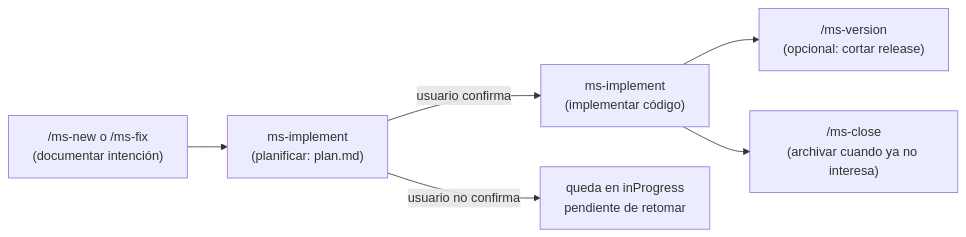
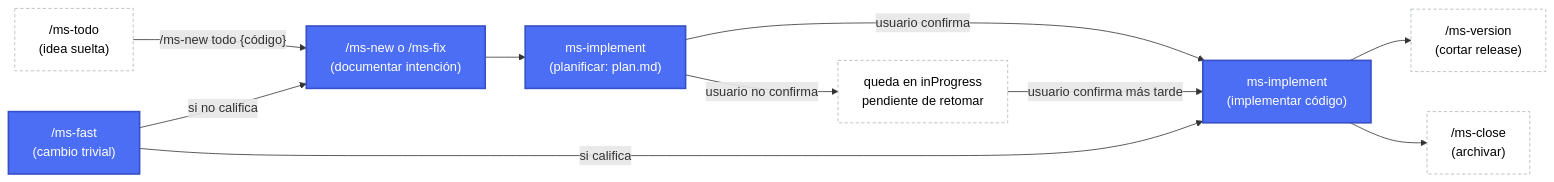
The diagram in .claude/ms-guide.md (yeyopepe/bgfactory), drawn with Mermaid before and after one commit. The commit also changed other lines of this file, not shown here.

````diff
--- a/.claude/ms-guide.md
+++ b/.claude/ms-guide.md
@@ -68,8 +68,17 @@
 ```mermaid
 flowchart LR
+    T["/ms-todo\n(idea suelta)"] -->|"/ms-new todo {código}"| A
     A["/ms-new o /ms-fix\n(documentar intención)"] --> B["ms-implement\n(planificar: plan.md)"]
     B -->|usuario confirma| C["ms-implement\n(implementar código)"]
-    C --> D["/ms-version\n(opcional: cortar release)"]
-    C --> E["/ms-close\n(archivar cuando ya no interesa)"]
+    C --> D["/ms-version\n(cortar release)"]
+    C --> E["/ms-close\n(archivar)"]
     B -->|usuario no confirma| F["queda en inProgress\npendiente de retomar"]
+    F -->|usuario confirma más tarde| C
+    G["/ms-fast\n(cambio trivial)"] -->|si califica| C
+    G -->|si no califica| A
+
+    class T,D,E,F opcional
+    class A,B,C,G obligatorio
+    classDef obligatorio fill:#4c6ef5,stroke:#364fc7,stroke-width:2px,color:#fff
+    classDef opcional fill:transparent,stroke:#adb5bd,stroke-width:1px,stroke-dasharray:4 3,color:inherit
 ```
````
